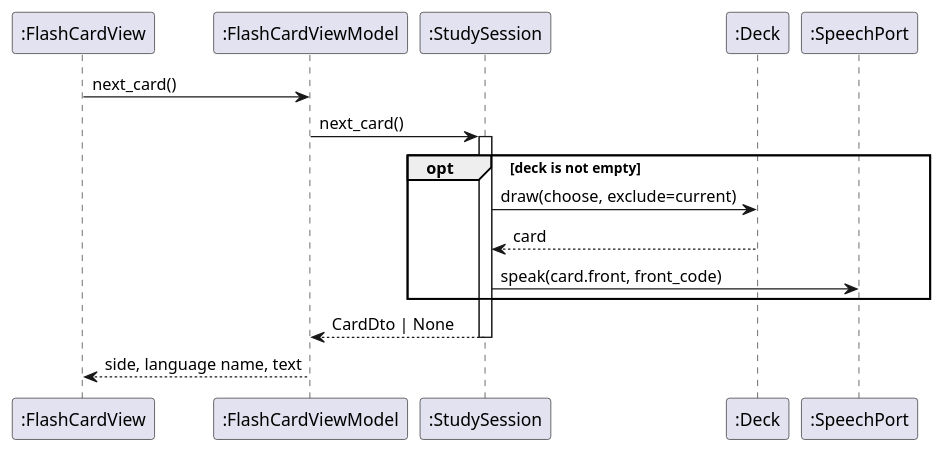
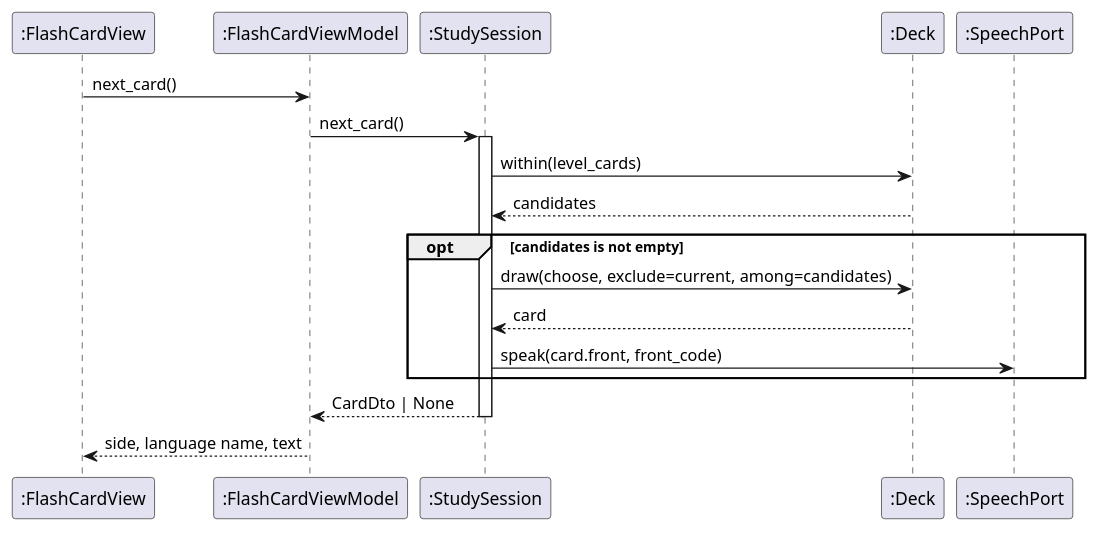
Before and after one commit to Tirsvad-Udemy-100-days-of-code/031-flash-card: the fourth of 4 diagrams in docs/uc-001/sd.md, drawn with PlantUML. The commit also changed other lines of this file and 24 other files, not shown here.

First line of the commit message:
MIL-008 plan and design: choose level (100, 1000 or all words)

````diff
--- a/docs/uc-001/sd.md
+++ b/docs/uc-001/sd.md
@@ -127,20 +166,22 @@
 ```plantuml
 @startuml
 participant ":FlashCardView" as V
 participant ":FlashCardViewModel" as VM
 participant ":StudySession" as S
 participant ":Deck" as D
 participant ":SpeechPort" as SP
 V -> VM : next_card()
 VM -> S : next_card()
 activate S
-opt deck is not empty
-  S -> D : draw(choose, exclude=current)
+S -> D : within(level_cards)
+D --> S : candidates
+opt candidates is not empty
+  S -> D : draw(choose, exclude=current, among=candidates)
   D --> S : card
   S -> SP : speak(card.front, front_code)
 end
 S --> VM : CardDto | None
 deactivate S
 VM --> V : side, language name, text
 @enduml
 ```
````
